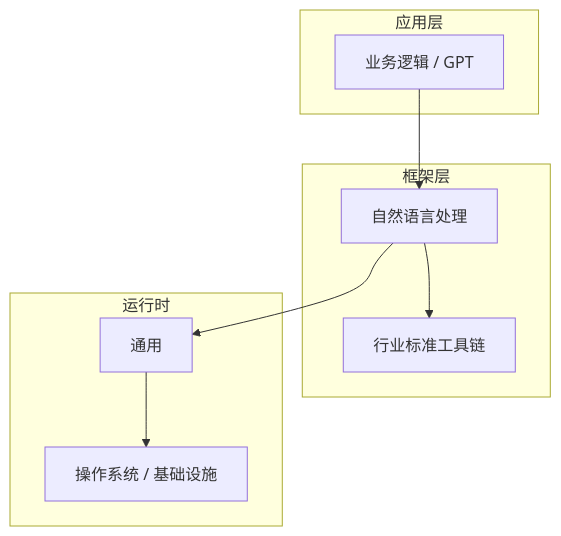
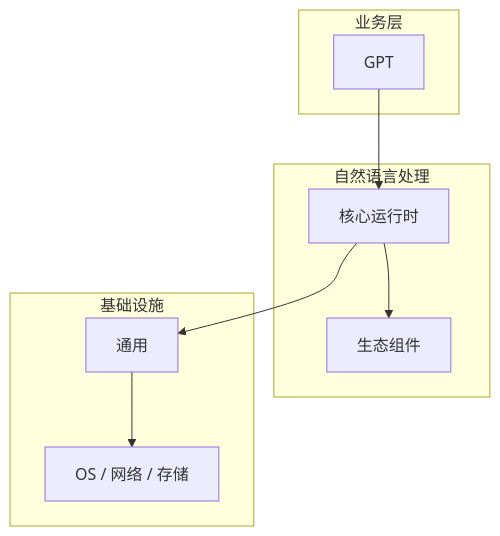
One commit to yanggan2015/knowledge-json-v2 changed the diagram in articles/自然语言处理/chapters/086-GPT核心概念与原理.md. Above: the diagram before and after it, drawn with Mermaid. The commit also changed other lines of this file and 10127 other files, not shown here.

````diff
--- a/articles/自然语言处理/chapters/086-GPT核心概念与原理.md
+++ b/articles/自然语言处理/chapters/086-GPT核心概念与原理.md
@@ -45,18 +30,18 @@
 ```mermaid
 graph TB
-    subgraph 应用层
-        A[业务逻辑 / GPT]
+    subgraph 业务层
+        A[GPT]
     end
-    subgraph 框架层
-        B[自然语言处理]
-        C[行业标准工具链]
+    subgraph 自然语言处理
+        B[核心运行时]
+        C[生态组件]
     end
-    subgraph 运行时
+    subgraph 基础设施
         D[通用]
-        E[操作系统 / 基础设施]
+        E[OS / 网络 / 存储]
     end
     A --> B
     B --> C
     B --> D
     D --> E
 ```
````
